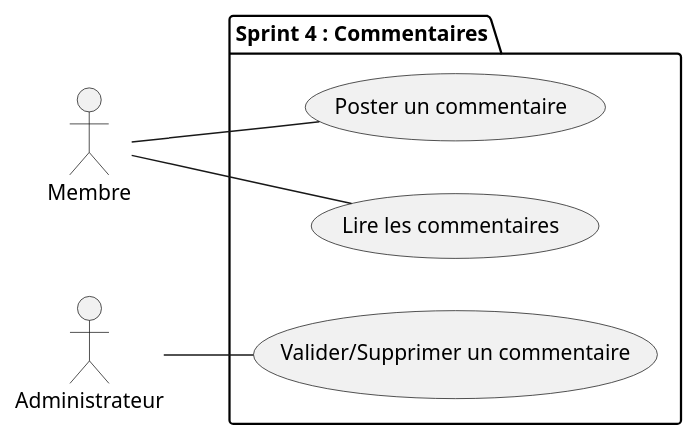
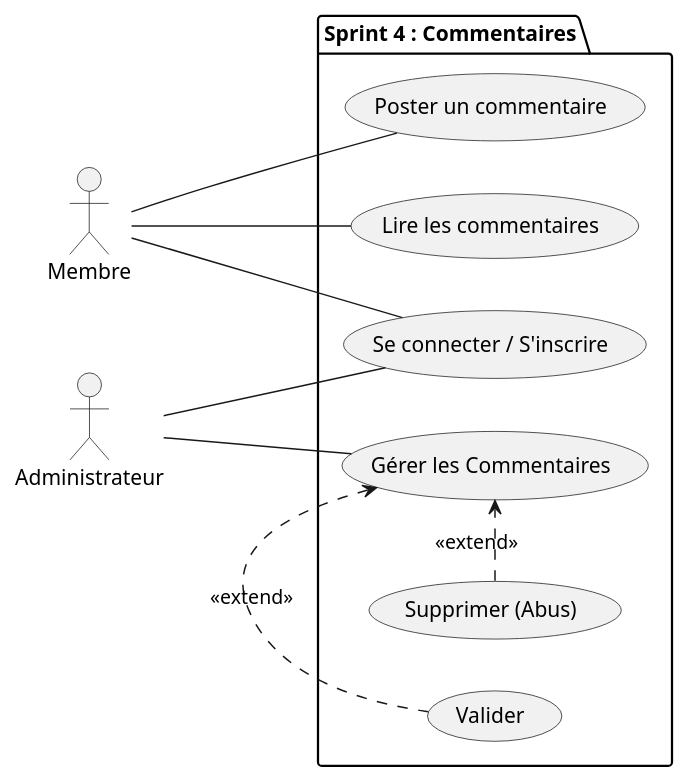
One commit to labs-web/mvp-blog-2026 changed the diagram in 04_sprints/Sprint-04-Commentaires/sprint-04-commentaires.puml. Above: the diagram before and after it, drawn with PlantUML. The commit also changed 11 other files, not shown here.

Commit message:
feat: Introduce detailed sprint planning, use case diagrams for admin, auth, and comments, and update README.

```diff
--- a/04_sprints/Sprint-04-Commentaires/sprint-04-commentaires.puml
+++ b/04_sprints/Sprint-04-Commentaires/sprint-04-commentaires.puml
@@ -1,16 +1,26 @@
 @startuml
 left to right direction
 actor "Membre" as Member
 actor "Administrateur" as Admin
 
 package "Sprint 4 : Commentaires" {
+  usecase "Se connecter / S'inscrire" as UC_Auth
+  
   usecase "Poster un commentaire" as UC_Post
   usecase "Lire les commentaires" as UC_Read
-  usecase "Valider/Supprimer un commentaire" as UC_Moderate
+  
+  usecase "Gérer les Commentaires" as UC_Manage
+  usecase "Valider" as UC_Validate
+  usecase "Supprimer (Abus)" as UC_Delete
 }
 
+Member -- UC_Auth
 Member -- UC_Post
 Member -- UC_Read
 
-Admin -- UC_Moderate
+Admin -- UC_Auth
+Admin -- UC_Manage
+
+UC_Validate .> UC_Manage : <<extend>>
+UC_Delete .> UC_Manage : <<extend>>
 @enduml
```
